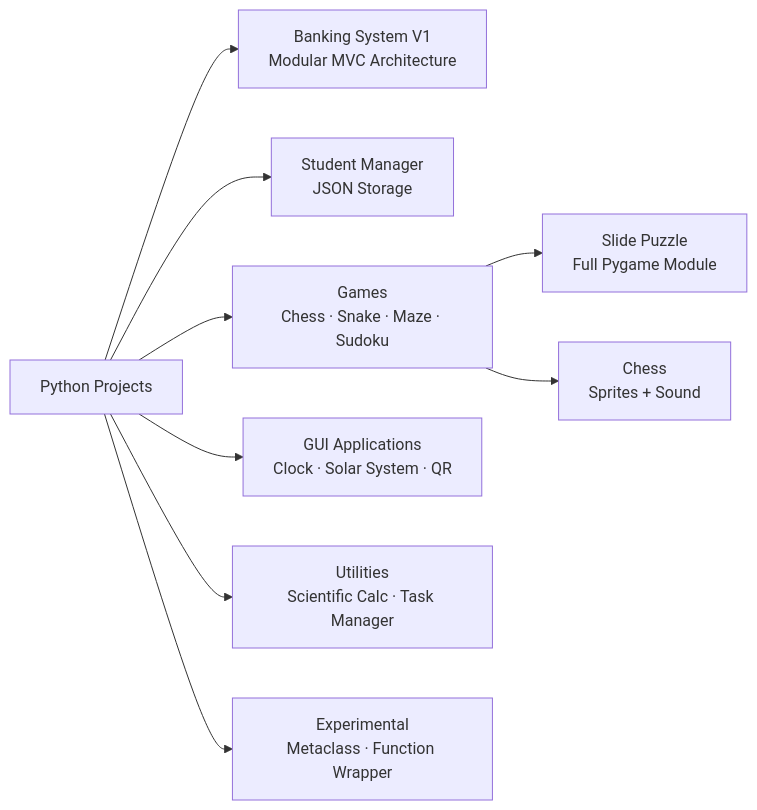
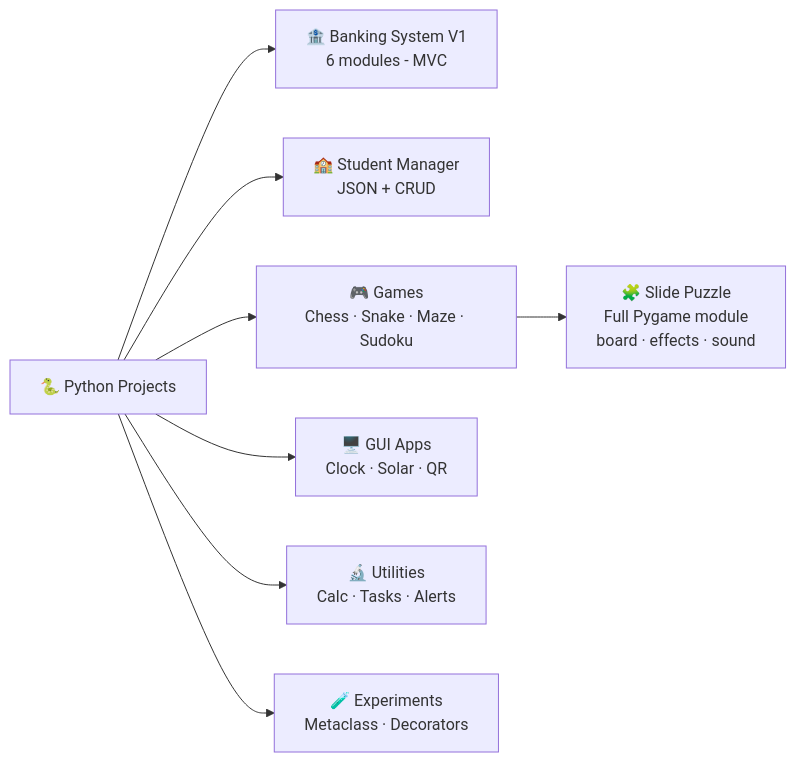
One commit to Manthanvinzuda007/Academic-Projects-2024-2028 changed the fifth of 8 diagrams in README.md. Above: the diagram before and after it, drawn with Mermaid. The commit also changed other lines of this file, not shown here.

````diff
--- a/README.md
+++ b/README.md
@@ -202,12 +282,11 @@
 ```mermaid
 flowchart LR
-    PY[Python Projects] --> BANK[Banking System V1\nModular MVC Architecture]
-    PY --> STU[Student Manager\nJSON Storage]
-    PY --> GAMES[Games\nChess · Snake · Maze · Sudoku]
-    PY --> GUI[GUI Applications\nClock · Solar System · QR]
-    PY --> UTIL[Utilities\nScientific Calc · Task Manager]
-    PY --> EXP[Experimental\nMetaclass · Function Wrapper]
+    PY["🐍 Python Projects"] --> BANK["🏦 Banking System V1\n6 modules - MVC"]
+    PY --> STU["🏫 Student Manager\nJSON + CRUD"]
+    PY --> GAMES["🎮 Games\nChess · Snake · Maze · Sudoku"]
+    PY --> GUI["🖥️ GUI Apps\nClock · Solar · QR"]
+    PY --> UTIL["🔬 Utilities\nCalc · Tasks · Alerts"]
+    PY --> EXP["🧪 Experiments\nMetaclass · Decorators"]
 
-    GAMES --> SLIDE[Slide Puzzle\nFull Pygame Module]
-    GAMES --> CHESS[Chess\nSprites + Sound]
+    GAMES --> SLIDE["🧩 Slide Puzzle\nFull Pygame module\nboard · effects · sound"]
 ```
````
